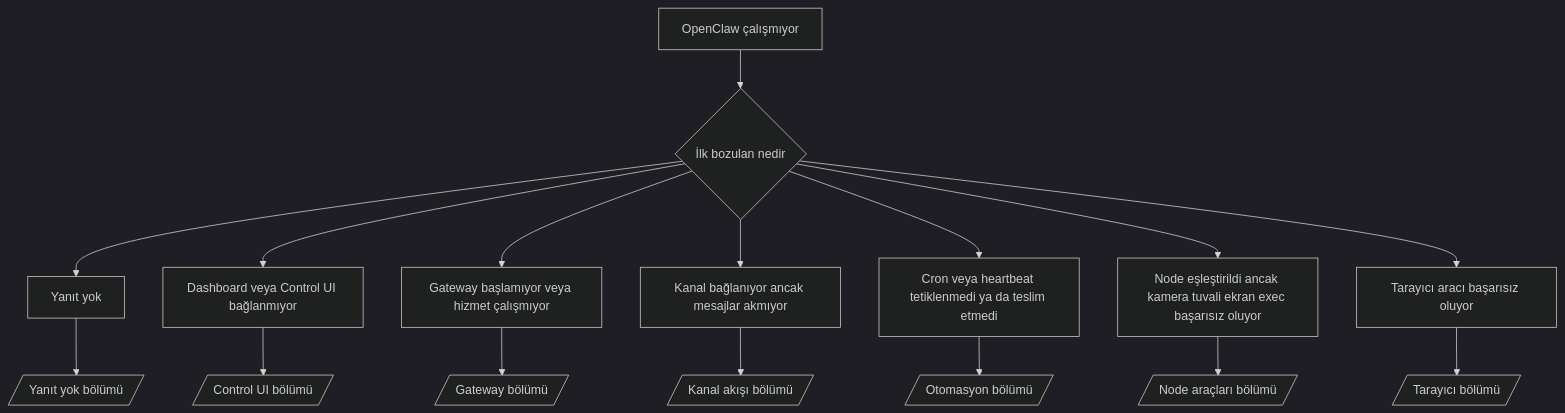
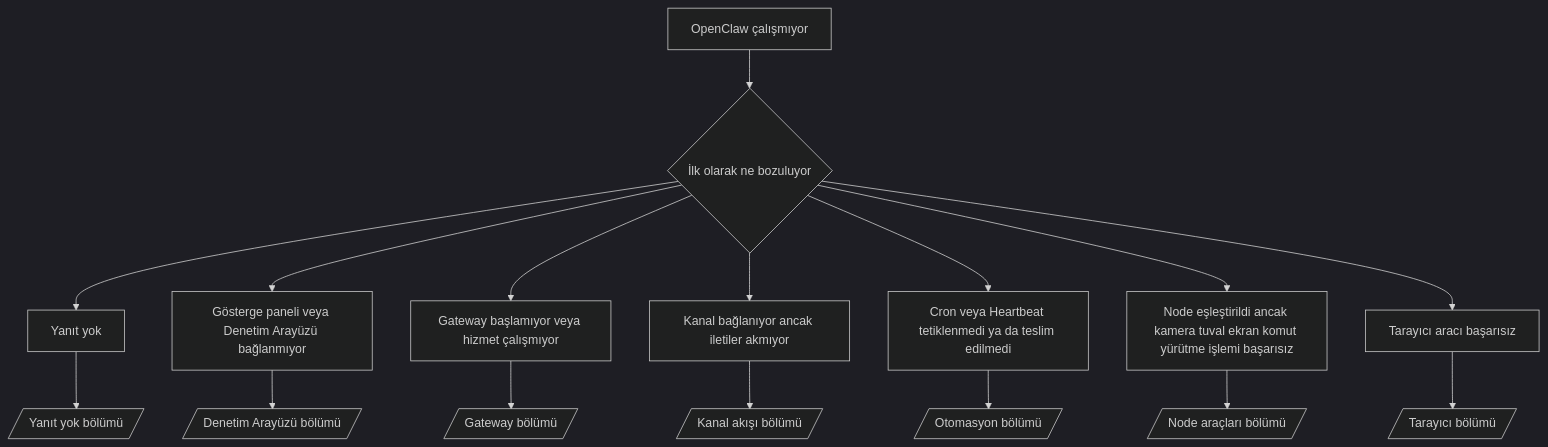
The diagram in docs/tr/help/troubleshooting.md (openclaw/docs), drawn with Mermaid (dark theme) before and after one commit. The commit also changed other lines of this file and 11240 other files, not shown here.

````diff
--- a/docs/tr/help/troubleshooting.md
+++ b/docs/tr/help/troubleshooting.md
@@ -195,19 +195,19 @@
 ```mermaid
 flowchart TD
-  A[OpenClaw çalışmıyor] --> B{İlk bozulan nedir}
+  A[OpenClaw çalışmıyor] --> B{İlk olarak ne bozuluyor}
   B --> C[Yanıt yok]
-  B --> D[Dashboard veya Control UI bağlanmıyor]
+  B --> D[Gösterge paneli veya Denetim Arayüzü bağlanmıyor]
   B --> E[Gateway başlamıyor veya hizmet çalışmıyor]
-  B --> F[Kanal bağlanıyor ancak mesajlar akmıyor]
-  B --> G[Cron veya heartbeat tetiklenmedi ya da teslim etmedi]
-  B --> H[Node eşleştirildi ancak kamera tuvali ekran exec başarısız oluyor]
-  B --> I[Tarayıcı aracı başarısız oluyor]
+  B --> F[Kanal bağlanıyor ancak iletiler akmıyor]
+  B --> G[Cron veya Heartbeat tetiklenmedi ya da teslim edilmedi]
+  B --> H[Node eşleştirildi ancak kamera tuval ekran komut yürütme işlemi başarısız]
+  B --> I[Tarayıcı aracı başarısız]
 
   C --> C1[/Yanıt yok bölümü/]
-  D --> D1[/Control UI bölümü/]
+  D --> D1[/Denetim Arayüzü bölümü/]
   E --> E1[/Gateway bölümü/]
   F --> F1[/Kanal akışı bölümü/]
   G --> G1[/Otomasyon bölümü/]
   H --> H1[/Node araçları bölümü/]
   I --> I1[/Tarayıcı bölümü/]
 ```
````
